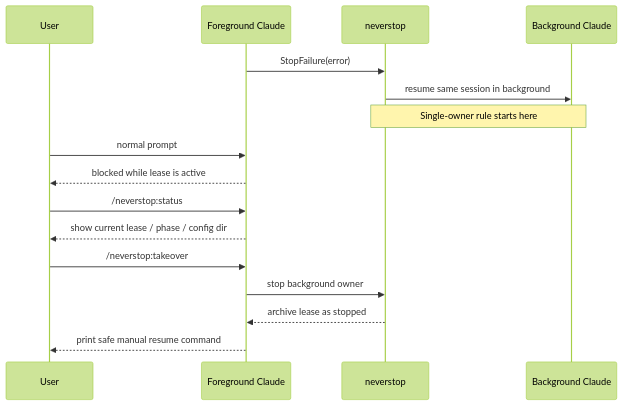
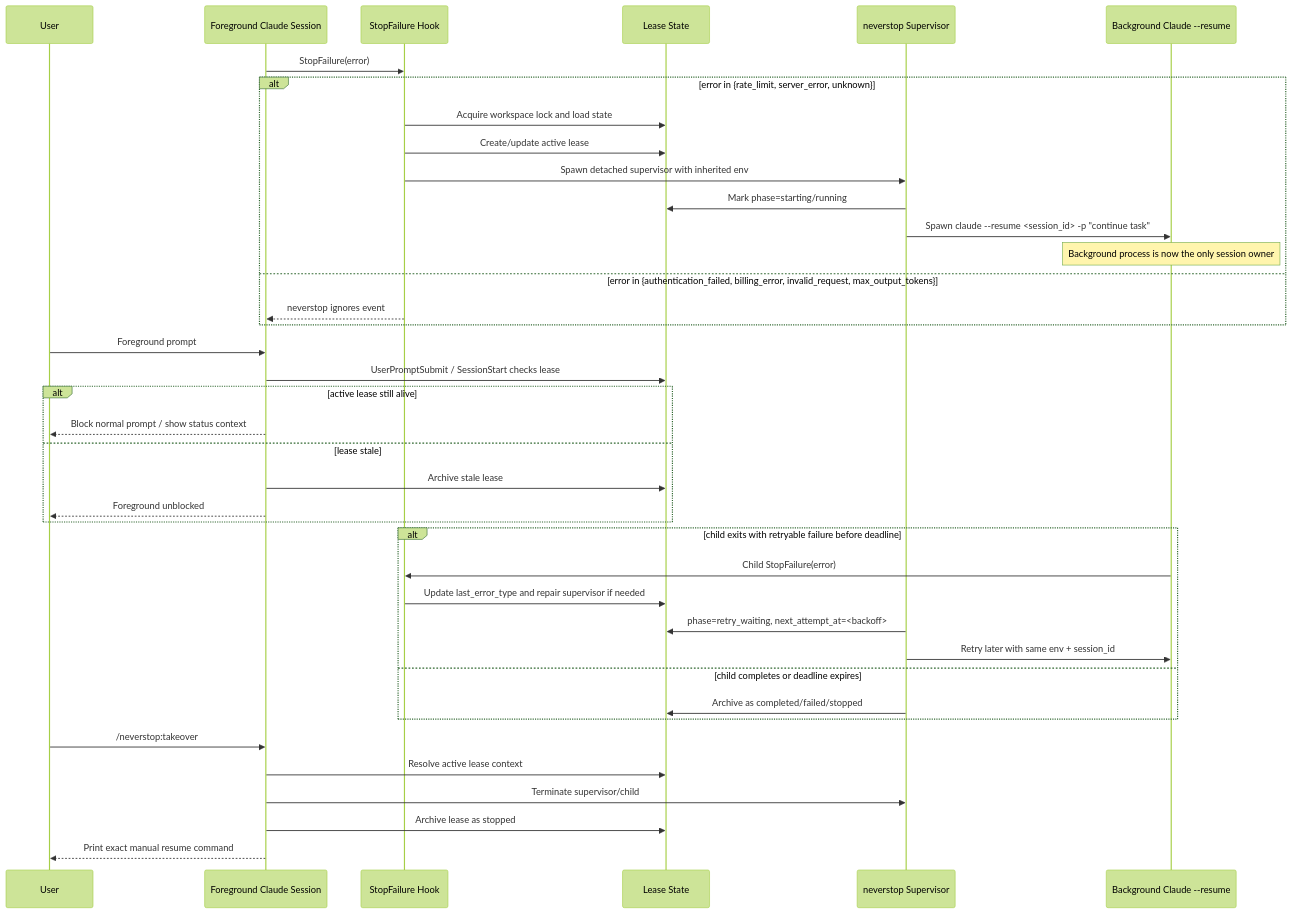
The diagram in docs/architecture.md (hyjack-00/cc-neverstop), drawn with Mermaid (forest theme) before and after one commit. The commit also changed 2 other files, not shown here.

Commit message:
update figure

````diff
--- a/docs/architecture.md
+++ b/docs/architecture.md
@@ -51,22 +51,45 @@
 ```mermaid
 sequenceDiagram
     participant U as User
-    participant FG as Foreground Claude
-    participant NS as neverstop
-    participant BG as Background Claude
+    participant F as Foreground Claude Session
+    participant SF as StopFailure Hook
+    participant L as Lease State
+    participant SV as neverstop Supervisor
+    participant BC as Background Claude --resume
 
-    FG->>NS: StopFailure(error)
-    NS->>BG: resume same session in background
-    Note over NS,BG: Single-owner rule starts here
+    F->>SF: StopFailure(error)
+    alt error in {rate_limit, server_error, unknown}
+        SF->>L: Acquire workspace lock and load state
+        SF->>L: Create/update active lease
+        SF->>SV: Spawn detached supervisor with inherited env
+        SV->>L: Mark phase=starting/running
+        SV->>BC: Spawn claude --resume <session_id> -p "continue task"
+        Note over BC: Background process is now the only session owner
+    else error in {authentication_failed, billing_error, invalid_request, max_output_tokens}
+        SF-->>F: neverstop ignores event
+    end
 
-    U->>FG: normal prompt
-    FG-->>U: blocked while lease is active
+    U->>F: Foreground prompt
+    F->>L: UserPromptSubmit / SessionStart checks lease
+    alt active lease still alive
+        F-->>U: Block normal prompt / show status context
+    else lease stale
+        F->>L: Archive stale lease
+        F-->>U: Foreground unblocked
+    end
 
-    U->>FG: /neverstop:status
-    FG-->>U: show current lease / phase / config dir
+    alt child exits with retryable failure before deadline
+        BC->>SF: Child StopFailure(error)
+        SF->>L: Update last_error_type and repair supervisor if needed
+        SV->>L: phase=retry_waiting, next_attempt_at=<backoff>
+        SV->>BC: Retry later with same env + session_id
+    else child completes or deadline expires
+        SV->>L: Archive as completed/failed/stopped
+    end
 
-    U->>FG: /neverstop:takeover
-    FG->>NS: stop background owner
-    NS-->>FG: archive lease as stopped
-    FG-->>U: print safe manual resume command
+    U->>F: /neverstop:takeover
+    F->>L: Resolve active lease context
+    F->>SV: Terminate supervisor/child
+    F->>L: Archive lease as stopped
+    F-->>U: Print exact manual resume command
 ```
````
